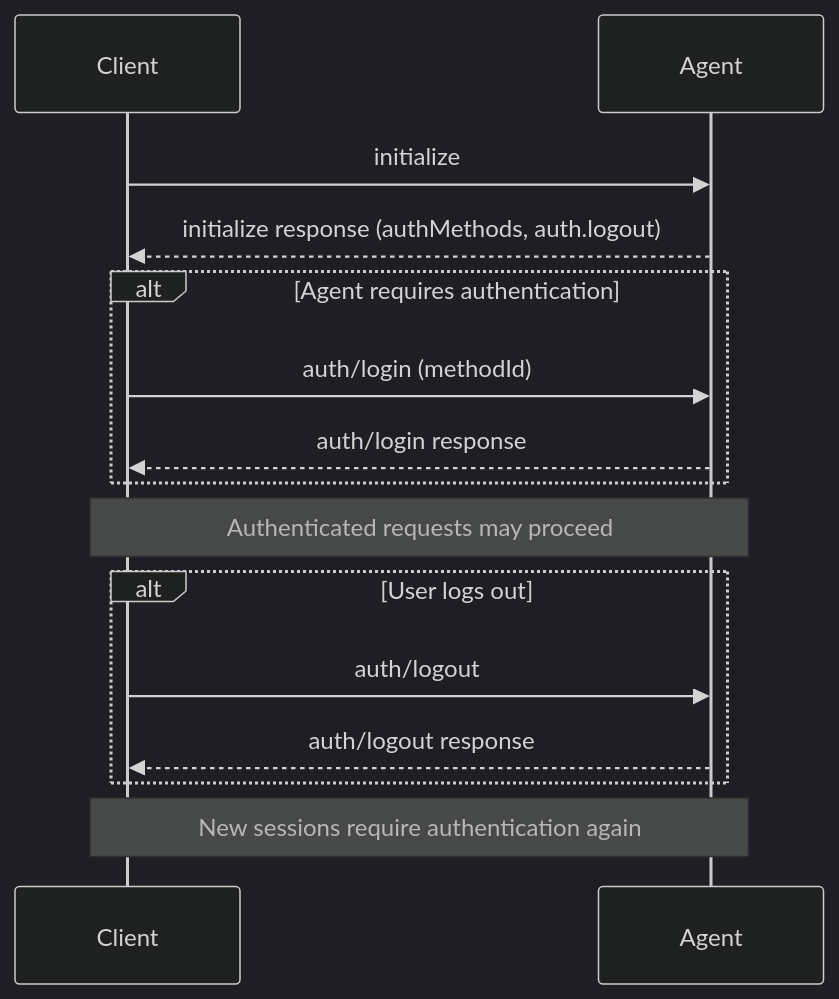
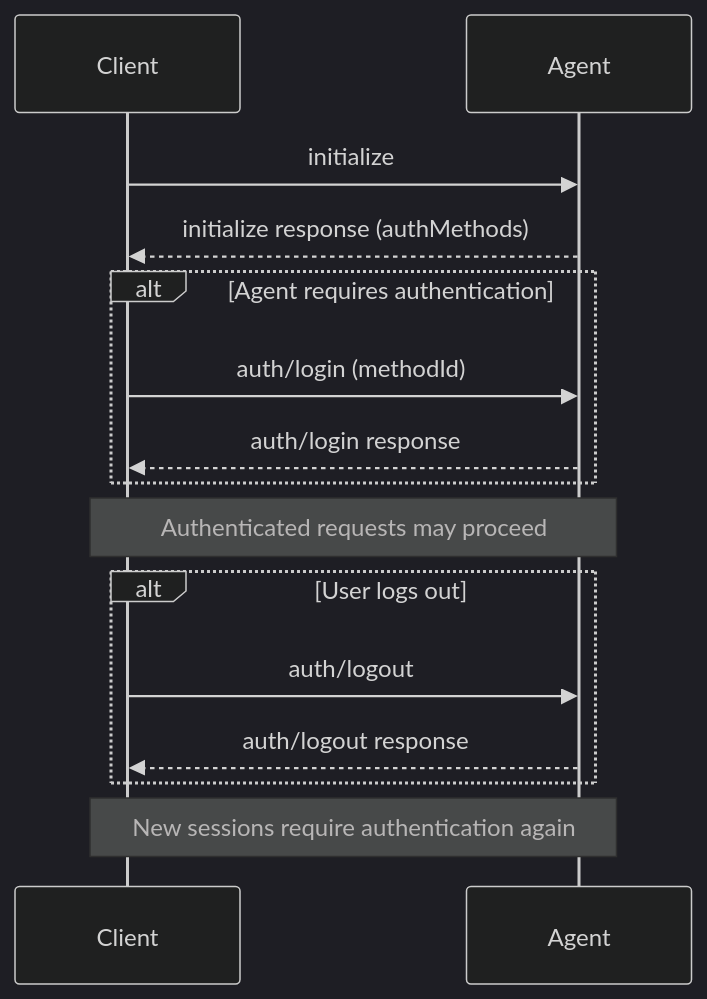
The diagram in docs/protocol/v2/authentication.mdx (dayanruben/agent-client-protocol), drawn with Mermaid (dark theme) before and after one commit. The commit also changed other lines of this file and 12 other files, not shown here.

Commit message:
feat(unstable-v2): Require auth logout support (#1520)

````diff
--- a/docs/protocol/v2/authentication.mdx
+++ b/docs/protocol/v2/authentication.mdx
@@ -10,22 +10,22 @@
 ```mermaid
 sequenceDiagram
     participant Client
     participant Agent
 
     Client->>Agent: initialize
-    Agent-->>Client: initialize response (authMethods, auth.logout)
+    Agent-->>Client: initialize response (authMethods)
 
     alt Agent requires authentication
         Client->>Agent: auth/login (methodId)
         Agent-->>Client: auth/login response
     end
 
     Note over Client,Agent: Authenticated requests may proceed
 
     alt User logs out
         Client->>Agent: auth/logout
         Agent-->>Client: auth/logout response
     end
 
     Note over Client,Agent: New sessions require authentication again
 ```
````
